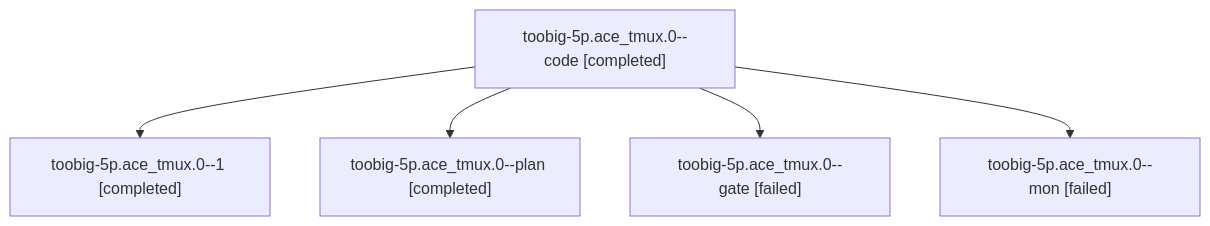
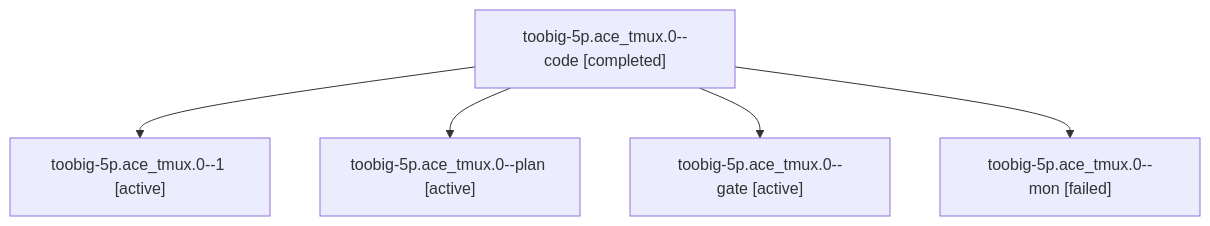
The diagram in families/bbugyi200.athena.toobig-5p.ace_tmux.0.md (sase-org/sase--agents), drawn with Mermaid before and after one commit. The commit also changed other lines of this file and 35830 other files, not shown here.

````diff
--- a/families/bbugyi200.athena.toobig-5p.ace_tmux.0.md
+++ b/families/bbugyi200.athena.toobig-5p.ace_tmux.0.md
@@ -9,12 +9,12 @@
 ```mermaid
 flowchart TD
   n0["toobig-5p.ace_tmux.0--code [completed]"]
-  n1["toobig-5p.ace_tmux.0--1 [completed]"]
+  n1["toobig-5p.ace_tmux.0--1 [active]"]
   n0 --> n1
-  n2["toobig-5p.ace_tmux.0--plan [completed]"]
+  n2["toobig-5p.ace_tmux.0--plan [active]"]
   n0 --> n2
-  n3["toobig-5p.ace_tmux.0--gate [failed]"]
+  n3["toobig-5p.ace_tmux.0--gate [active]"]
   n0 --> n3
   n4["toobig-5p.ace_tmux.0--mon [failed]"]
   n0 --> n4
 ```
````
